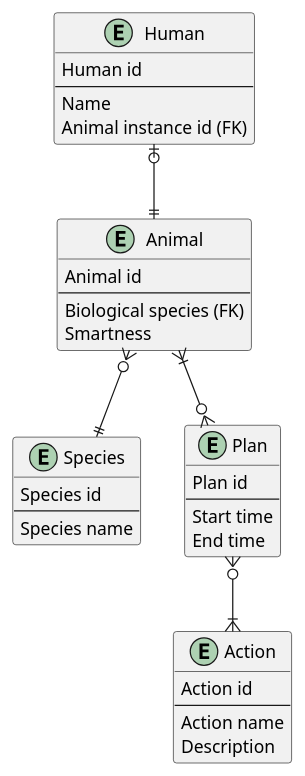
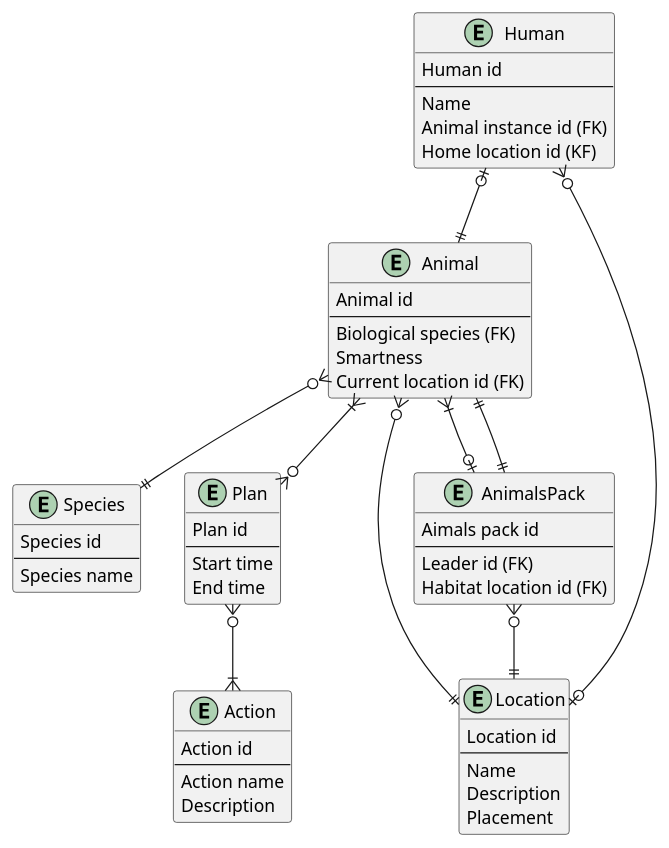
One commit to Mam-sDeveloper-ITMO/DB changed the diagram in lab0/assets/infomodel.puml. Above: the diagram before and after it, drawn with PlantUML. The commit also changed 7 other files, not shown here.

```diff
--- a/lab0/assets/infomodel.puml
+++ b/lab0/assets/infomodel.puml
@@ -1,46 +1,72 @@
 @startuml Entity Relationship Model
 
 entity Human {
     Human id
     --
     Name
     Animal instance id (FK)
+    Home location id (KF)
 }
 
 entity Animal {
     Animal id
     --
     Biological species (FK)
     Smartness
+    Current location id (FK)
 }
 
 entity Species {
     Species id
     --
     Species name
 }
 
 entity Action {
     Action id
     --
     Action name
     Description
 }
 
 entity Plan {
     Plan id
     --
     Start time
     End time
 }
 
+entity Location {
+    Location id
+    --
+    Name
+    Description
+    Placement
+}
+
+entity AnimalsPack {
+    Aimals pack id
+    --
+    Leader id (FK)
+    Habitat location id (FK)
+}
 
 Human |o--|| Animal
+
+Human }o--o| Location
+
+Animal }o--|| Location
 
 Animal }o--|| Species
 
 Animal }|--o{ Plan
 
+Animal }|--o| AnimalsPack
+
+AnimalsPack ||--|| Animal
+
+AnimalsPack }o--|| Location
+
 Plan }o--|{ Action
 
 @enduml
```
